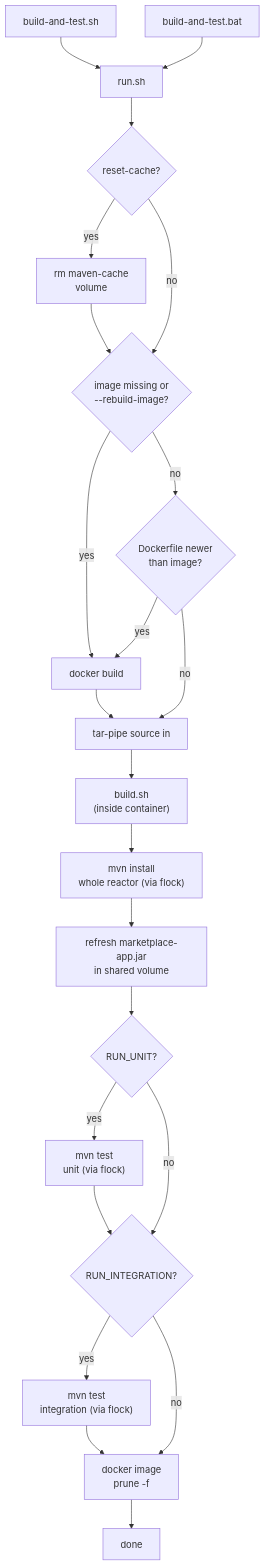
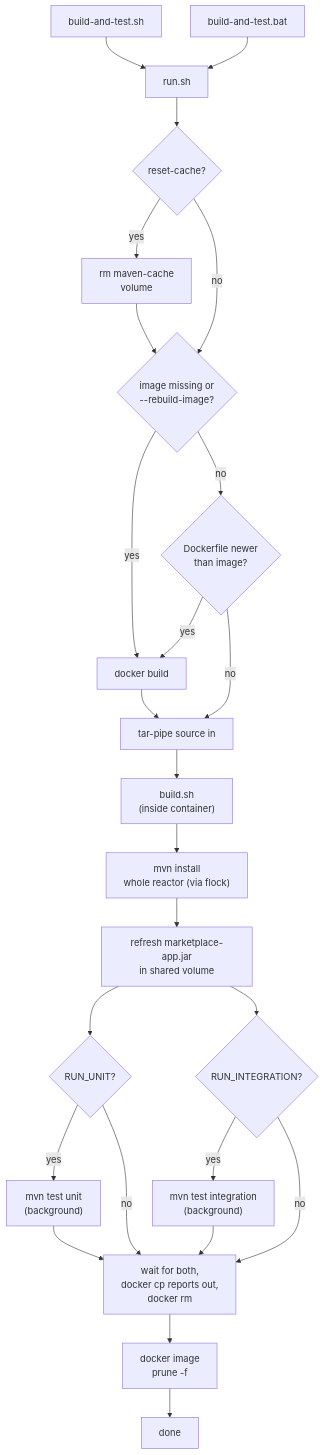
The diagram in scripts/build-and-test/README.md (OstMutant/Advertisement), drawn with Mermaid before and after one commit. The commit also changed other lines of this file and 10 other files, not shown here.

````diff
--- a/scripts/build-and-test/README.md
+++ b/scripts/build-and-test/README.md
@@ -20,21 +20,23 @@
 ```mermaid
 flowchart TD
     A1[build-and-test.sh] --> R[run.sh]
     A2[build-and-test.bat] --> R
     R --> B{"reset-cache?"}
     B -->|yes| B1["rm maven-cache<br/>volume"] --> C
     B -->|no| C{"image missing or<br/>--rebuild-image?"}
     C -->|yes| C1[docker build] --> E
     C -->|no| D{"Dockerfile newer<br/>than image?"}
     D -->|yes| C1
     D -->|no| E[tar-pipe source in]
     E --> F["build.sh<br/>(inside container)"]
     F --> G["mvn install<br/>whole reactor (via flock)"]
     G --> H["refresh marketplace-app.jar<br/>in shared volume"]
     H --> I{"RUN_UNIT?"}
-    I -->|yes| I1["mvn test<br/>unit (via flock)"] --> J
-    I -->|no| J{"RUN_INTEGRATION?"}
-    J -->|yes| J1["mvn test<br/>integration (via flock)"] --> K
-    J -->|no| K["docker image<br/>prune -f"]
+    H --> J{"RUN_INTEGRATION?"}
+    I -->|yes| I1["mvn test unit<br/>(background)"] --> M
+    I -->|no| M
+    J -->|yes| J1["mvn test integration<br/>(background)"] --> M
+    J -->|no| M
+    M["wait for both,<br/>docker cp reports out,<br/>docker rm"] --> K["docker image<br/>prune -f"]
     K --> Z[done]
 ```
````
